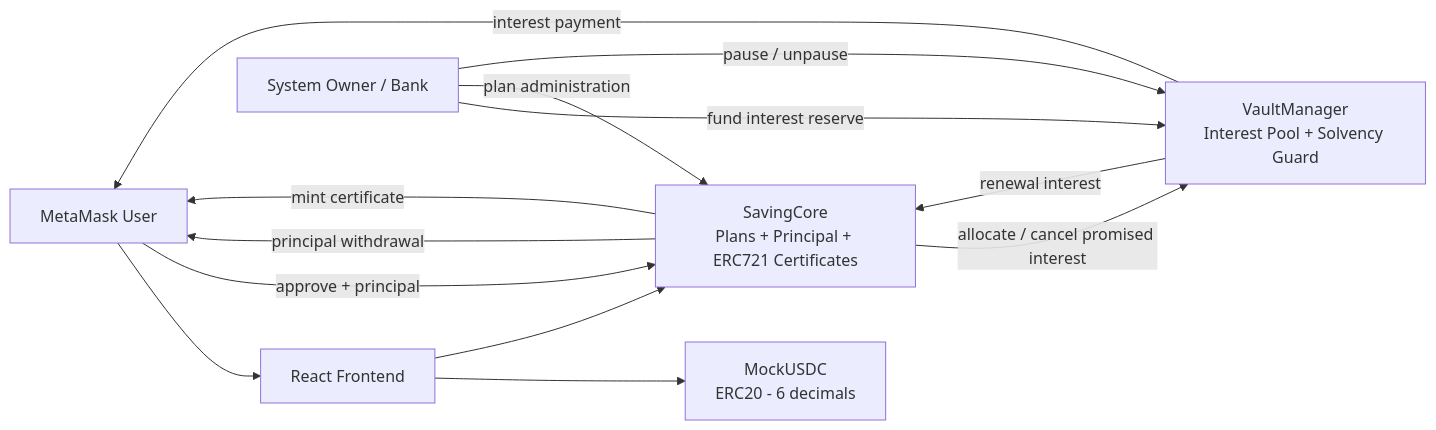
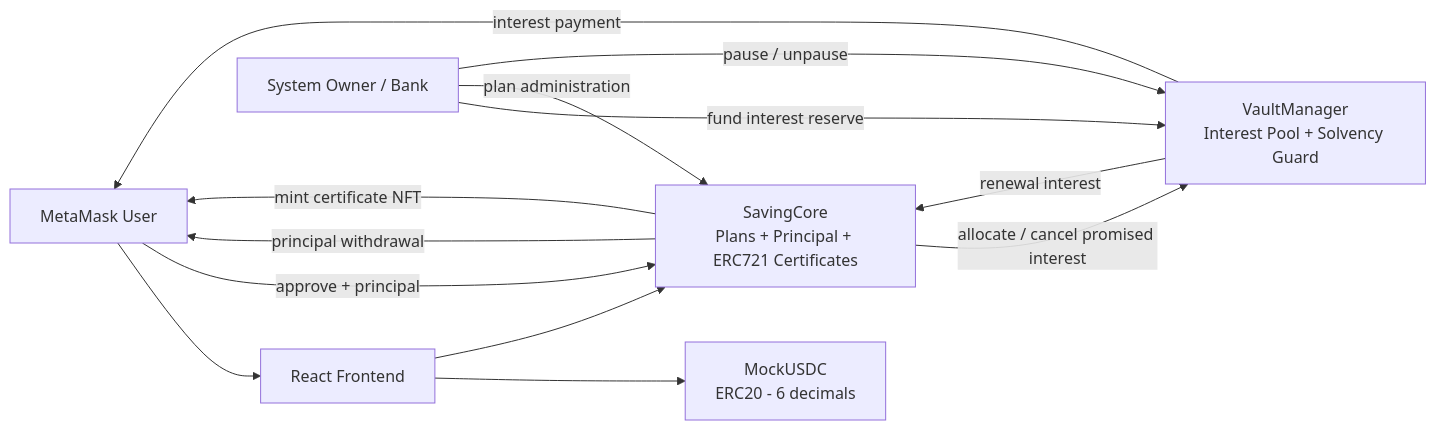
Before and after one commit to nguyenlam-eiu/ac-blockchain-online-banking-system: the first of 2 diagrams in README.md, drawn with Mermaid. The commit also changed other lines of this file, not shown here.

````diff
--- a/README.md
+++ b/README.md
@@ -142,25 +103,25 @@
 ```mermaid
 flowchart LR
     User[MetaMask User]
     Frontend[React Frontend]
     Token[MockUSDC<br/>ERC20 - 6 decimals]
     Core[SavingCore<br/>Plans + Principal + ERC721 Certificates]
     Vault[VaultManager<br/>Interest Pool + Solvency Guard]
     Owner[System Owner / Bank]
 
     User --> Frontend
     Frontend --> Token
     Frontend --> Core
 
     User -- approve + principal --> Core
     Core -- principal withdrawal --> User
-    Core -- mint certificate --> User
+    Core -- mint certificate NFT --> User
 
     Owner -- fund interest reserve --> Vault
     Core -- allocate / cancel promised interest --> Vault
     Vault -- interest payment --> User
     Vault -- renewal interest --> Core
 
     Owner -- plan administration --> Core
     Owner -- pause / unpause --> Vault
 ```
````
